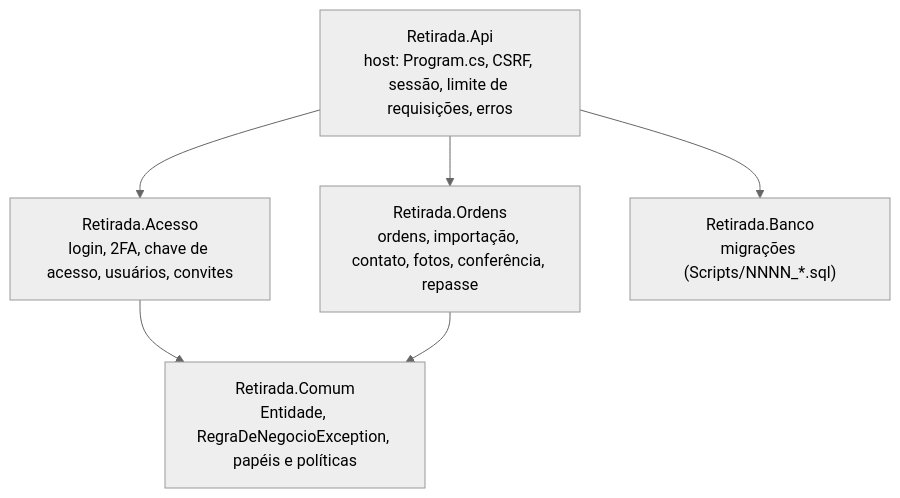
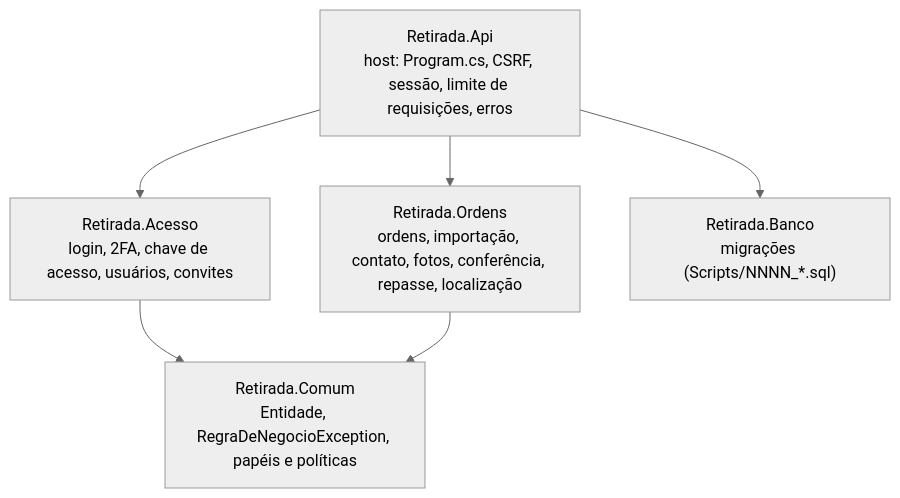
One commit to Cognix2000/Equipment-pickup-system changed the second of 6 diagrams in docs/arquitetura.md. Above: the diagram before and after it, drawn with Mermaid (neutral theme). The commit also changed other lines of this file and 31 other files, not shown here.

````diff
--- a/docs/arquitetura.md
+++ b/docs/arquitetura.md
@@ -49,14 +49,14 @@
 ```mermaid
 flowchart TB
     Host["Retirada.Api<br/>host: Program.cs, CSRF, sessão, limite de requisições, erros"]
     Acesso["Retirada.Acesso<br/>login, 2FA, chave de acesso, usuários, convites"]
-    Ordens["Retirada.Ordens<br/>ordens, importação, contato, fotos, conferência, repasse"]
+    Ordens["Retirada.Ordens<br/>ordens, importação, contato, fotos, conferência, repasse, localização"]
     Comum["Retirada.Comum<br/>Entidade, RegraDeNegocioException, papéis e políticas"]
     BancoProj["Retirada.Banco<br/>migrações (Scripts/NNNN_*.sql)"]
 
     Host --> Acesso
     Host --> Ordens
     Host --> BancoProj
     Acesso --> Comum
     Ordens --> Comum
 ```
````
